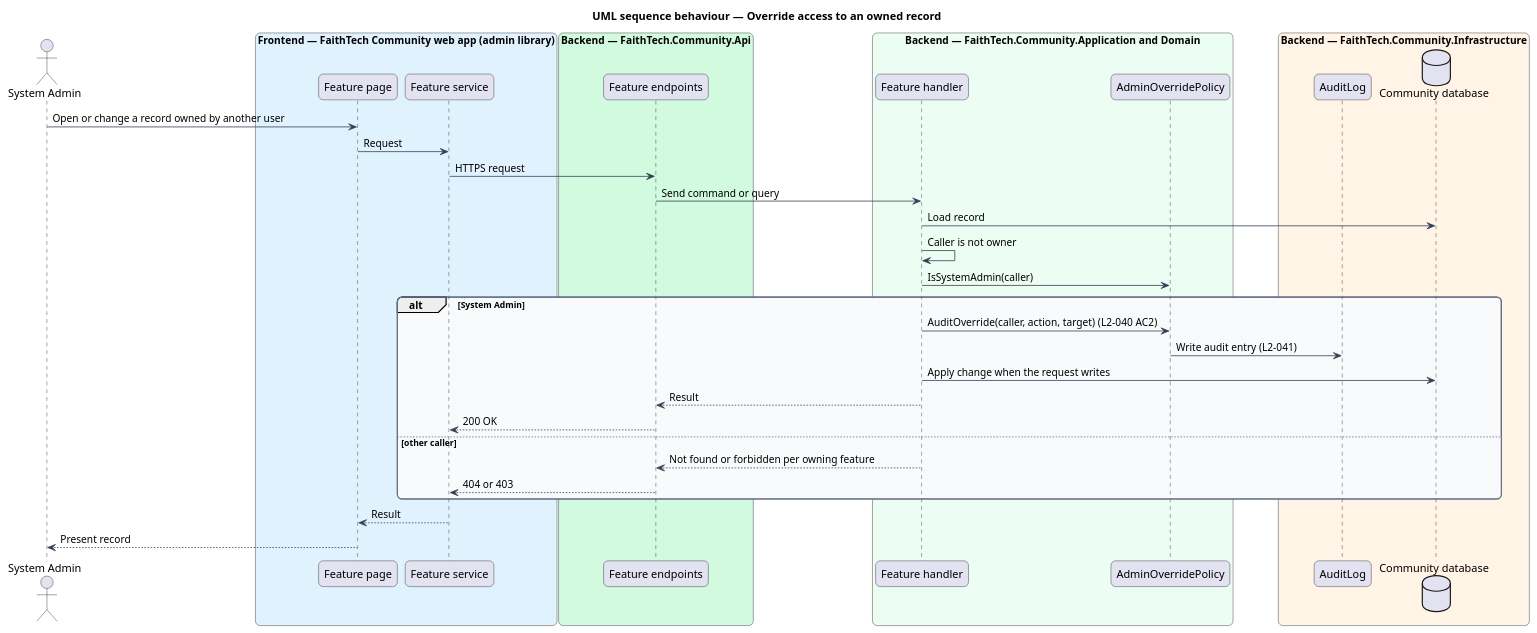
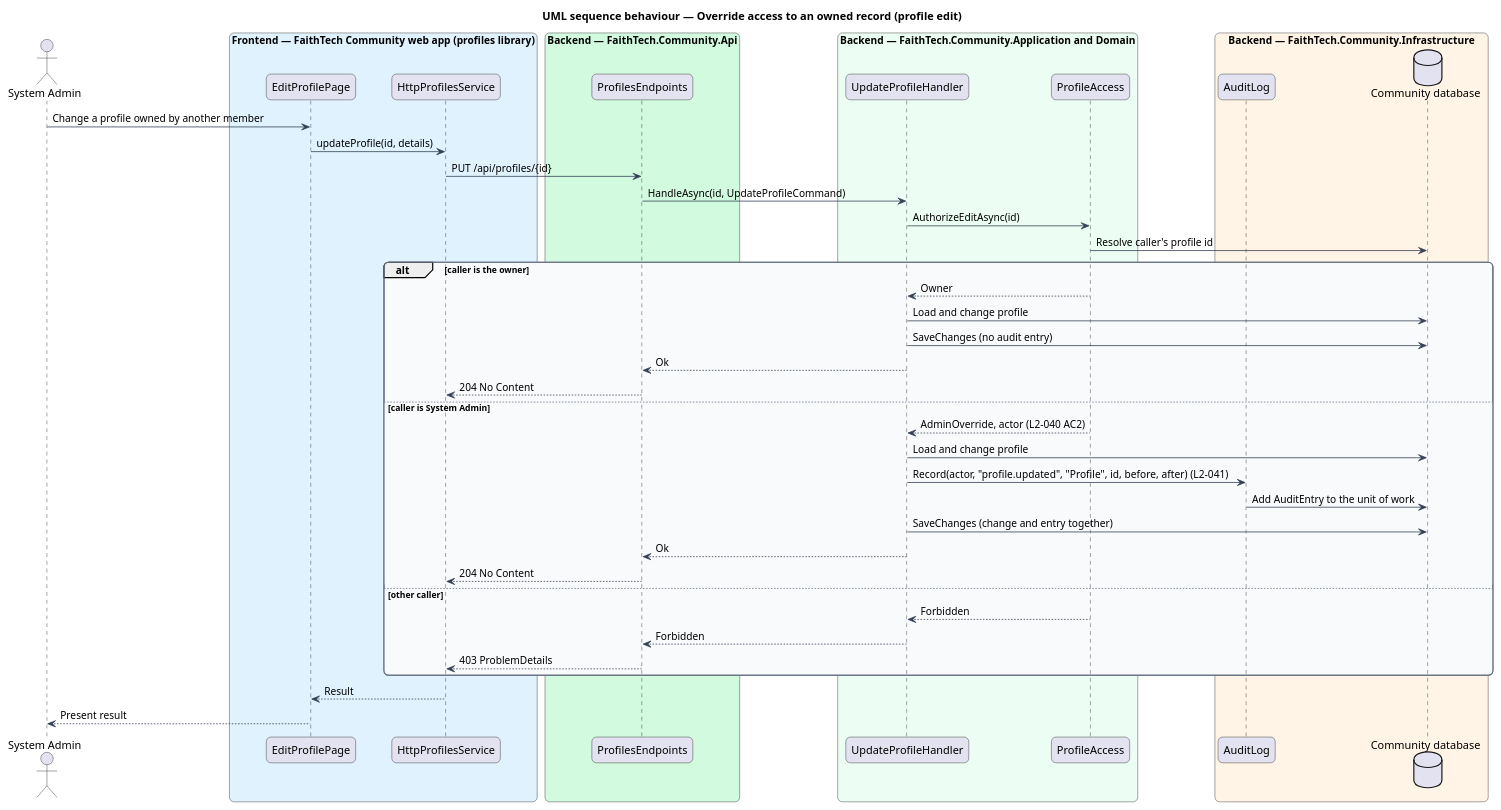
The diagram in docs/detailed-designs/admin/admin-users-and-override/diagrams/sequence-override-access.puml (QuinntyneBrown/faithtech-community), drawn with PlantUML before and after one commit. The commit also changed 67 other files, not shown here.

First line of the commit message:
Align the admin and invites designs and diagrams with the built code

```diff
--- a/docs/detailed-designs/admin/admin-users-and-override/diagrams/sequence-override-access.puml
+++ b/docs/detailed-designs/admin/admin-users-and-override/diagrams/sequence-override-access.puml
@@ -1,52 +1,60 @@
 @startuml
-title UML sequence behaviour — Override access to an owned record
+title UML sequence behaviour — Override access to an owned record (profile edit)
 skinparam backgroundColor #FFFFFF
 skinparam shadowing false
 skinparam roundcorner 12
 skinparam defaultFontName Arial
 skinparam ArrowColor #344054
 skinparam rectangle {
   BorderColor #344054
   FontColor #101828
 }
 skinparam package {
   BorderColor #667085
   FontColor #101828
   BackgroundColor #F9FAFB
 }
 actor "System Admin" as actor
-box "Frontend — FaithTech Community web app (admin library)" #E0F2FE
-  participant "Feature page" as page
-  participant "Feature service" as svc
+box "Frontend — FaithTech Community web app (profiles library)" #E0F2FE
+  participant "EditProfilePage" as page
+  participant "HttpProfilesService" as svc
 end box
 box "Backend — FaithTech.Community.Api" #D1FADF
-  participant "Feature endpoints" as ep
+  participant "ProfilesEndpoints" as ep
 end box
 box "Backend — FaithTech.Community.Application and Domain" #ECFDF3
-  participant "Feature handler" as h
-  participant "AdminOverridePolicy" as pol
+  participant "UpdateProfileHandler" as h
+  participant "ProfileAccess" as access
 end box
 box "Backend — FaithTech.Community.Infrastructure" #FFF4E5
   participant "AuditLog" as audit
   database "Community database" as db
 end box
-actor -> page : Open or change a record owned by another user
-page -> svc : Request
-svc -> ep : HTTPS request
-ep -> h : Send command or query
-h -> db : Load record
-h -> h : Caller is not owner
-h -> pol : IsSystemAdmin(caller)
-alt System Admin
-  h -> pol : AuditOverride(caller, action, target) (L2-040 AC2)
-  pol -> audit : Write audit entry (L2-041)
-  h -> db : Apply change when the request writes
-  h --> ep : Result
-  ep --> svc : 200 OK
+actor -> page : Change a profile owned by another member
+page -> svc : updateProfile(id, details)
+svc -> ep : PUT /api/profiles/{id}
+ep -> h : HandleAsync(id, UpdateProfileCommand)
+h -> access : AuthorizeEditAsync(id)
+access -> db : Resolve caller's profile id
+alt caller is the owner
+  access --> h : Owner
+  h -> db : Load and change profile
+  h -> db : SaveChanges (no audit entry)
+  h --> ep : Ok
+  ep --> svc : 204 No Content
+else caller is System Admin
+  access --> h : AdminOverride, actor (L2-040 AC2)
+  h -> db : Load and change profile
+  h -> audit : Record(actor, "profile.updated", "Profile", id, before, after) (L2-041)
+  audit -> db : Add AuditEntry to the unit of work
+  h -> db : SaveChanges (change and entry together)
+  h --> ep : Ok
+  ep --> svc : 204 No Content
 else other caller
-  h --> ep : Not found or forbidden per owning feature
-  ep --> svc : 404 or 403
+  access --> h : Forbidden
+  h --> ep : Forbidden
+  ep --> svc : 403 ProblemDetails
 end
 svc --> page : Result
-page --> actor : Present record
+page --> actor : Present result
 @enduml
```
